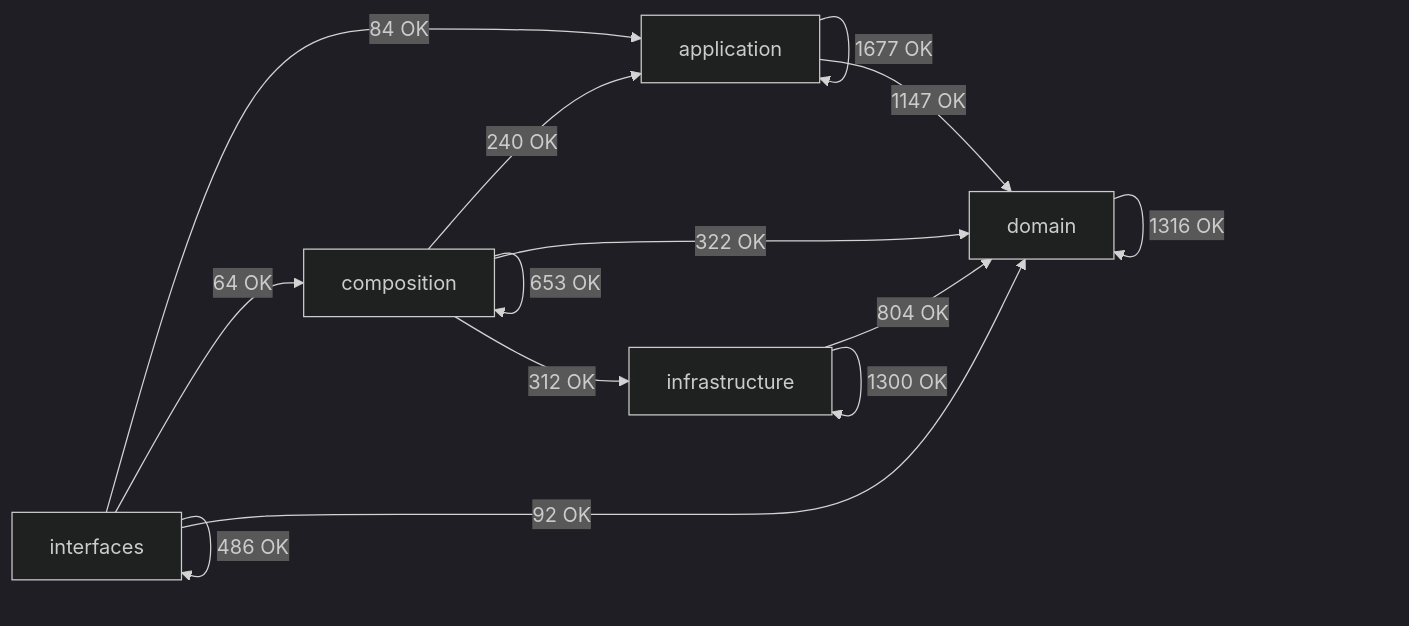
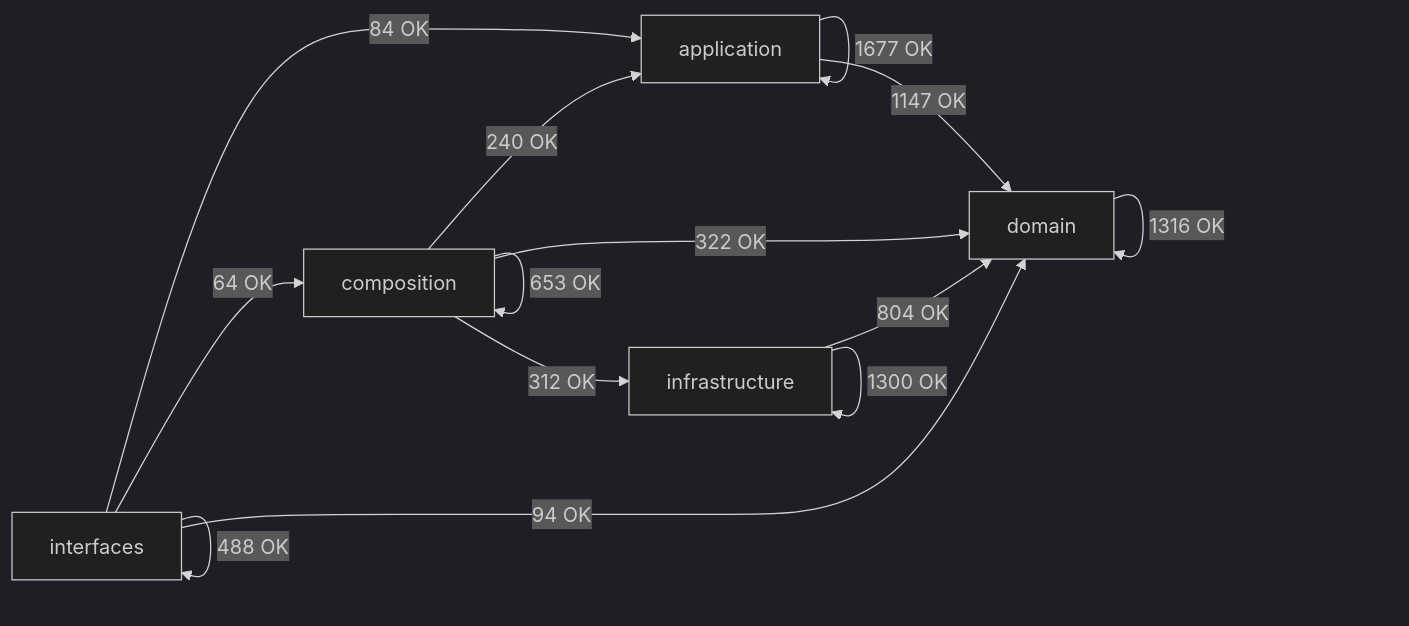
The diagram in docs/02-architecture/generated/module-dependency-map.md (SatoryKono/BioactivityDataAcquisition), drawn with Mermaid (dark theme) before and after one commit. The commit also changed other lines of this file and 20 other files, not shown here.

````diff
--- a/docs/02-architecture/generated/module-dependency-map.md
+++ b/docs/02-architecture/generated/module-dependency-map.md
@@ -17,21 +17,21 @@
 ```mermaid
 flowchart LR
     domain[domain]
     application[application]
     infrastructure[infrastructure]
     composition[composition]
     interfaces[interfaces]
     application -->|1677 OK| application
     application -->|1147 OK| domain
     composition -->|240 OK| application
     composition -->|653 OK| composition
     composition -->|322 OK| domain
     composition -->|312 OK| infrastructure
     domain -->|1316 OK| domain
     infrastructure -->|804 OK| domain
     infrastructure -->|1300 OK| infrastructure
     interfaces -->|84 OK| application
     interfaces -->|64 OK| composition
-    interfaces -->|92 OK| domain
-    interfaces -->|486 OK| interfaces
+    interfaces -->|94 OK| domain
+    interfaces -->|488 OK| interfaces
 ```
````
